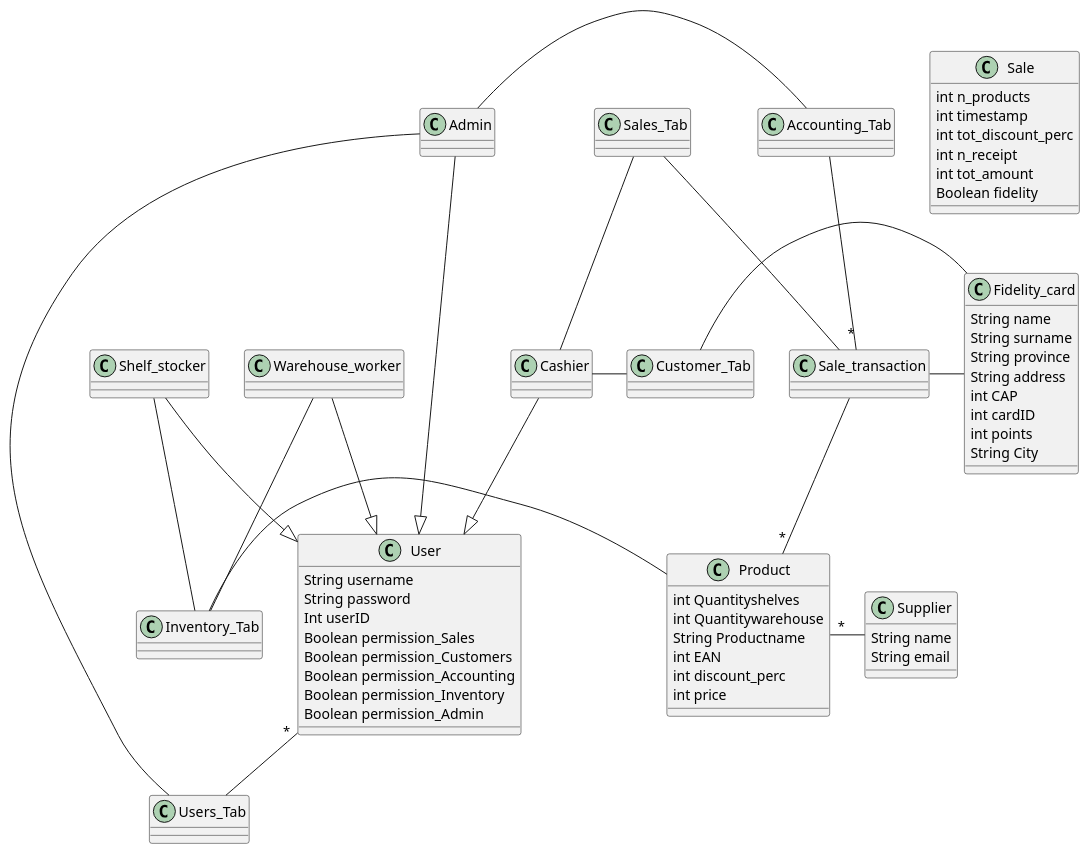
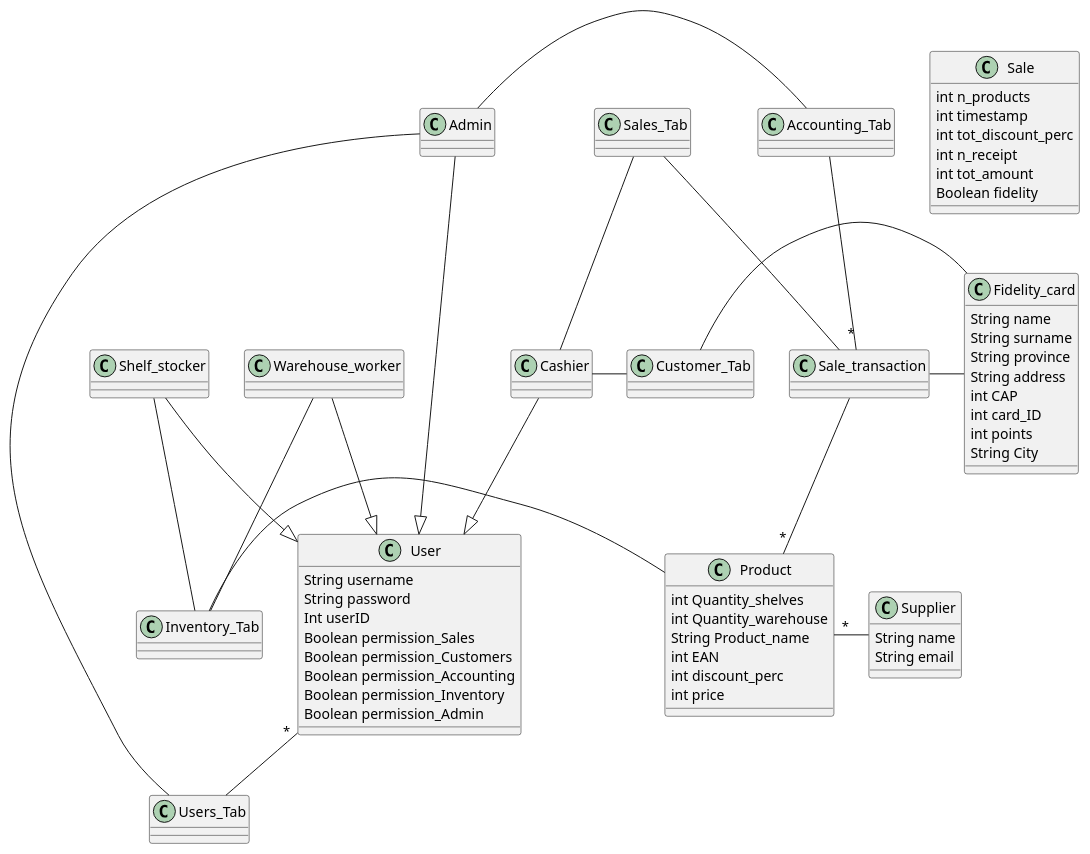
One commit to gioele-scaletta/EZShop-Software-Engineering-Project changed the fourth of 5 diagrams in Deliverables/RequirementsDocument.md. Above: the diagram before and after it, drawn with PlantUML. The commit also changed other lines of this file, not shown here.

```diff
--- a/Deliverables/RequirementsDocument.md
+++ b/Deliverables/RequirementsDocument.md
@@ -675,8 +676,6 @@
     int n_receipt
     int tot_amount
     Boolean fidelity
-
-
 }
 
 
@@ -687,9 +686,9 @@
 
 
 class Product{
-    int Quantityshelves
-    int Quantitywarehouse
-    String Productname
+    int Quantity_shelves
+    int Quantity_warehouse
+    String Product_name
     int EAN
     int discount_perc
     int price
@@ -702,7 +701,7 @@
     String province
     String address
     int CAP
-    int cardID
+    int card_ID
     int points
     String City
 }
```
